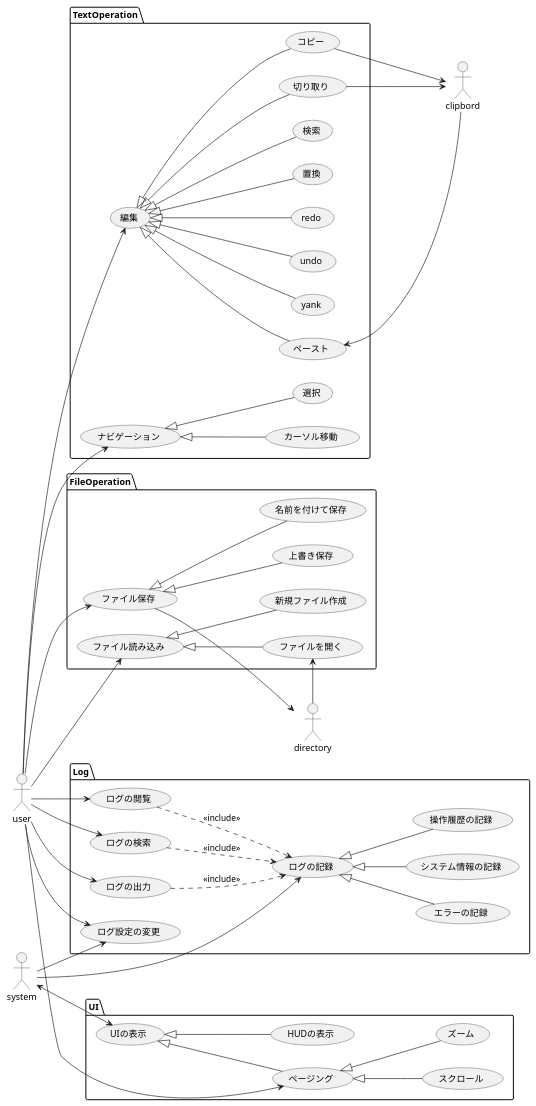
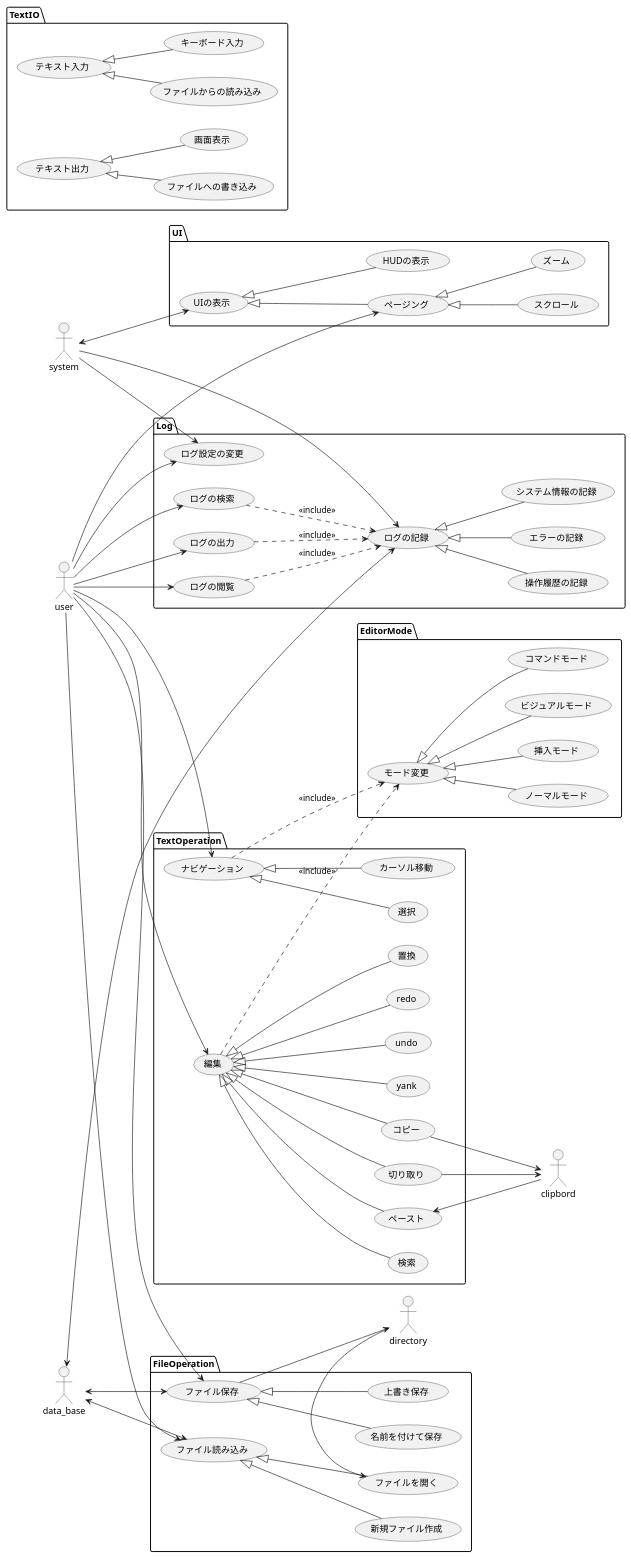
The diagram in uml/usecase.puml (aka1ha2n3e/project00), drawn with PlantUML before and after one commit.

Commit message:
usecaseにmode追加

```diff
--- a/uml/usecase.puml
+++ b/uml/usecase.puml
@@ -1,120 +1,157 @@
 @startuml
 
 left to right direction
 
+
+
+package EditorMode {
+    usecase (モード変更) as modeChange
+    usecase (ノーマルモード) as normalMode
+    usecase (挿入モード) as insertMode
+    usecase (ビジュアルモード) as visualMode
+    usecase (コマンドモード) as commandMode
+
+    modeChange <|-- normalMode
+    modeChange <|-- insertMode
+    modeChange <|-- visualMode
+    modeChange <|-- commandMode
+}
 
 package TextOperation{
     usecase (コピー) as copy
     usecase (切り取り) as cut
     usecase (ペースト) as paste
 
     usecase (yank) as yank
     usecase (undo) as undo
     usecase (redo) as redo
 
     usecase (置換) as replace
     usecase (検索) as search
 
     usecase (編集) as edit
 
     usecase (ナビゲーション) as navi
 
     edit <|-- copy
     edit <|-- cut
     edit <|-- paste
     edit <|-- yank
     edit <|-- undo
     edit <|-- redo
     edit <|-- replace
     edit <|-- search
 
     usecase (カーソル移動) as moveCursor
     usecase (選択) as block
     navi <|-- moveCursor
     navi <|-- block
 
-
+    edit ..> modeChange : <<include>>
+    navi ..> modeChange : <<include>>
 }
 
 package FileOperation{
     usecase (ファイル保存) as saveFile
     usecase (ファイル読み込み) as loadFile
 
     usecase (上書き保存) as overwriteSave
     usecase (名前を付けて保存) as saveAs
 
     usecase (ファイルを開く) as openFile
     usecase (新規ファイル作成) as newFile
 
     saveFile <|-- overwriteSave
     saveFile <|-- saveAs
 
     loadFile <|-- openFile
     loadFile <|-- newFile
 }
 
 package Log{
     usecase (ログの記録) as logRecord
     usecase (ログの閲覧) as viewLog
     usecase (ログの検索) as searchLog
     usecase (ログの出力) as exportLog
     usecase (ログ設定の変更) as configureLog
 
     usecase (操作履歴の記録) as operationHistory
     usecase (エラーの記録) as errorLog
     usecase (システム情報の記録) as systemInfoLog
 
     logRecord <|-- operationHistory
     logRecord <|-- errorLog
     logRecord <|-- systemInfoLog
 
     viewLog ..> logRecord : <<include>>
     searchLog ..> logRecord : <<include>>
     exportLog ..> logRecord : <<include>>
 }
 
 package UI {
     (HUDの表示) as HUD
     (UIの表示) as ui
     (スクロール) as scroll
     (ズーム) as zoom
 
     (ページング) as paging
 
     paging <|-- scroll
     paging <|-- zoom
 
     ui <|-- paging
     ui <|-- HUD
 }
 
+package TextIO {
+        usecase (テキスト入力) as textInput
+    usecase (テキスト出力) as textOutput
+    
+    usecase (キーボード入力) as keyboardInput
+    usecase (ファイルからの読み込み) as fileInput
+    
+    usecase (画面表示) as screenOutput
+    usecase (ファイルへの書き込み) as fileOutput
+    
+    textInput <|-- keyboardInput
+    textInput <|-- fileInput
+    
+    textOutput <|-- screenOutput
+    textOutput <|-- fileOutput
+}
+
 :user:
 user --> loadFile
 user --> saveFile
 
 user --> edit
 user --> navi
    
 user --> viewLog
 user --> searchLog
 user --> exportLog
 user --> configureLog
 
 user --> paging
 
 :directory:
 saveFile --> directory
 directory --> openFile
 
+:data_base:
+data_base <--> logRecord
+data_base <--> saveFile
+data_base <--> loadFile
+
 :system:
 system --> logRecord
 system --> configureLog
 
 system <--> ui
 
 :clipbord:
 copy --> clipbord 
 cut --> clipbord 
 clipbord --> paste
 
 @enduml
```
